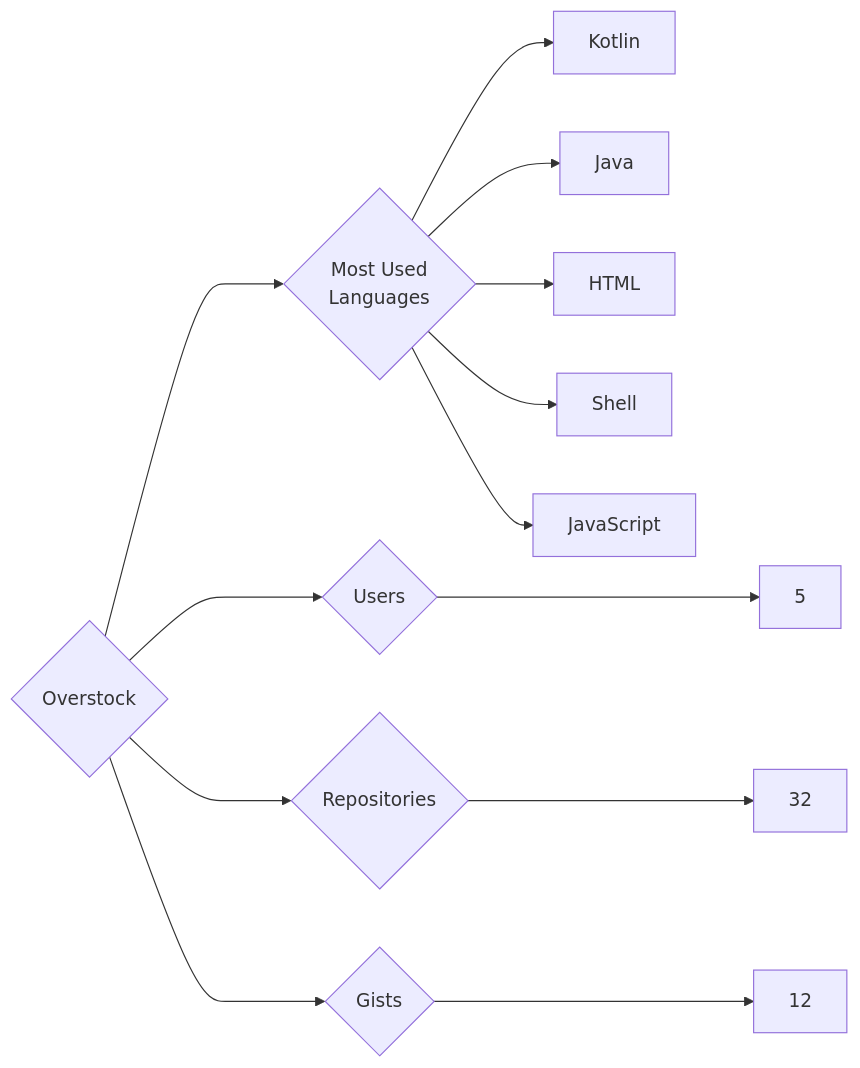
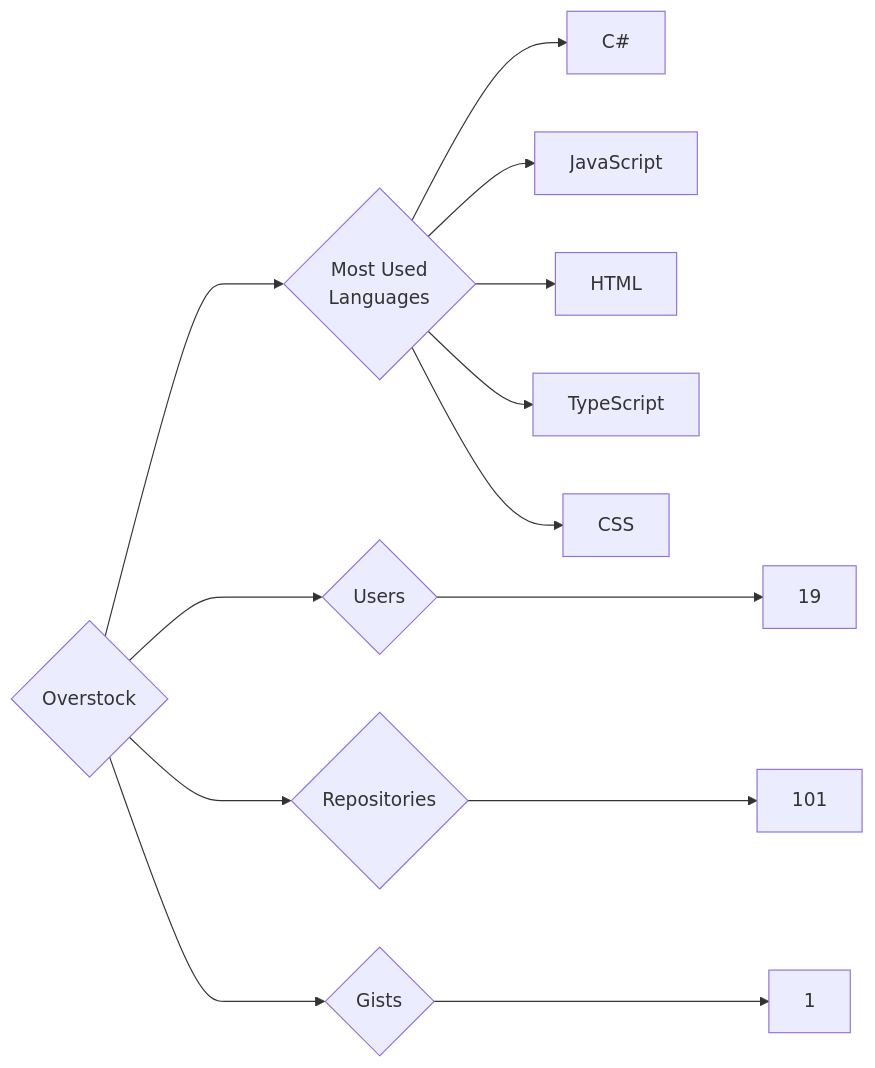
One commit to trickest/insiders changed the diagram in targets/Overstock/README.md. Above: the diagram before and after it, drawn with Mermaid. The commit also changed 597 other files, not shown here.

````diff
--- a/targets/Overstock/README.md
+++ b/targets/Overstock/README.md
@@ -3,13 +3,13 @@
 ```mermaid
 graph LR
 COMPANY_NAME{Overstock}
-COMPANY_NAME ---> U{Users} ---> UN[5]
-COMPANY_NAME ---> R{Repositories} ---> RN[32]
-COMPANY_NAME ---> G{Gists} ---> GN[12]
+COMPANY_NAME ---> U{Users} ---> UN[19]
+COMPANY_NAME ---> R{Repositories} ---> RN[101]
+COMPANY_NAME ---> G{Gists} ---> GN[1]
 COMPANY_NAME ---> ML{Most Used<br>Languages}
-ML --> Kotlin[Kotlin]
-ML --> Java[Java]
+ML --> C#[C#]
+ML --> JavaScript[JavaScript]
 ML --> HTML[HTML]
-ML --> Shell[Shell]
-ML --> JavaScript[JavaScript]
+ML --> TypeScript[TypeScript]
+ML --> CSS[CSS]
 ```
````
